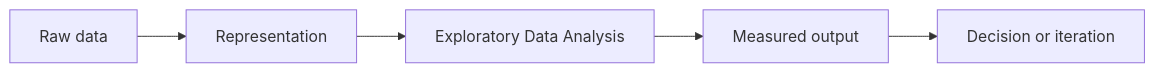
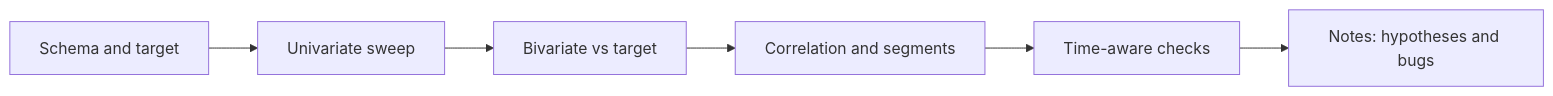
Before and after one commit to Icon1cc/Machine-Learning: the diagram in data-science/03-exploratory-data-analysis.md, drawn with Mermaid. The commit also changed other lines of this file and 264 other files, not shown here.

````diff
--- a/data-science/03-exploratory-data-analysis.md
+++ b/data-science/03-exploratory-data-analysis.md
@@ -92,7 +127,8 @@
 ```mermaid
 flowchart LR
-    A[Raw data] --> B[Representation]
-    B --> C[Exploratory Data Analysis]
-    C --> D[Measured output]
-    D --> E[Decision or iteration]
+    S[Schema and target] --> U[Univariate sweep]
+    U --> B[Bivariate vs target]
+    B --> C[Correlation and segments]
+    C --> T[Time-aware checks]
+    T --> N[Notes: hypotheses and bugs]
 ```
````
